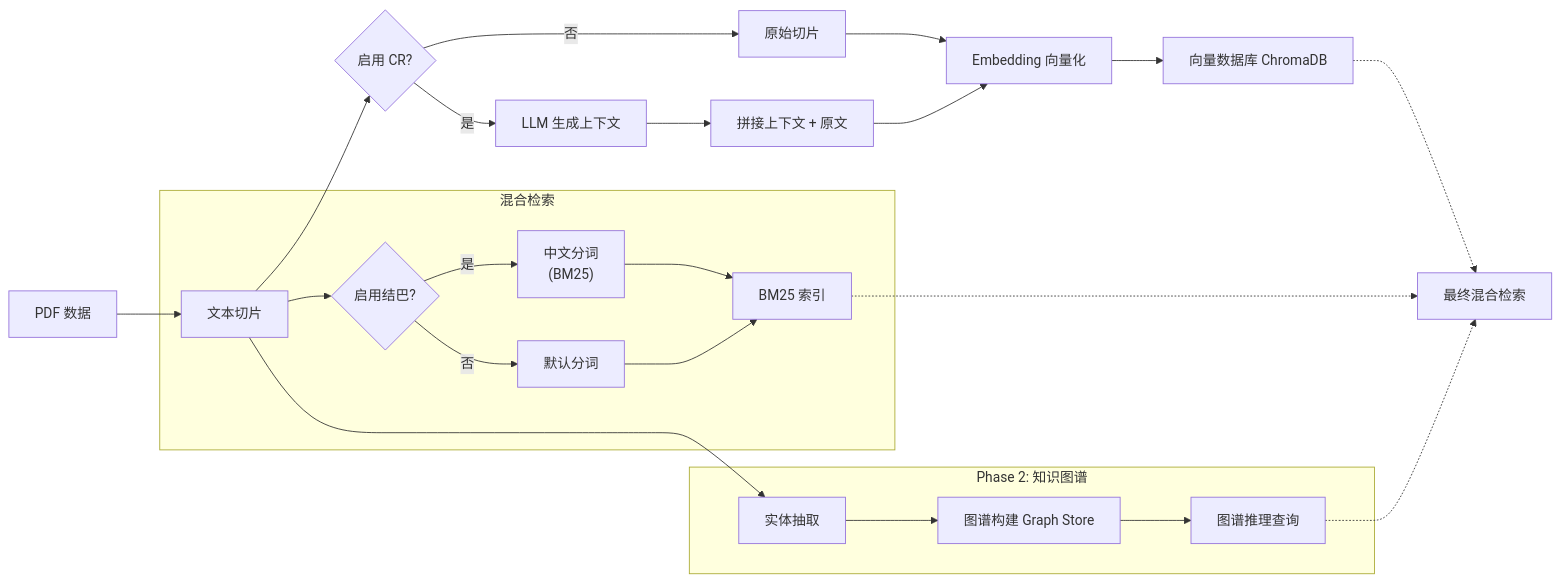
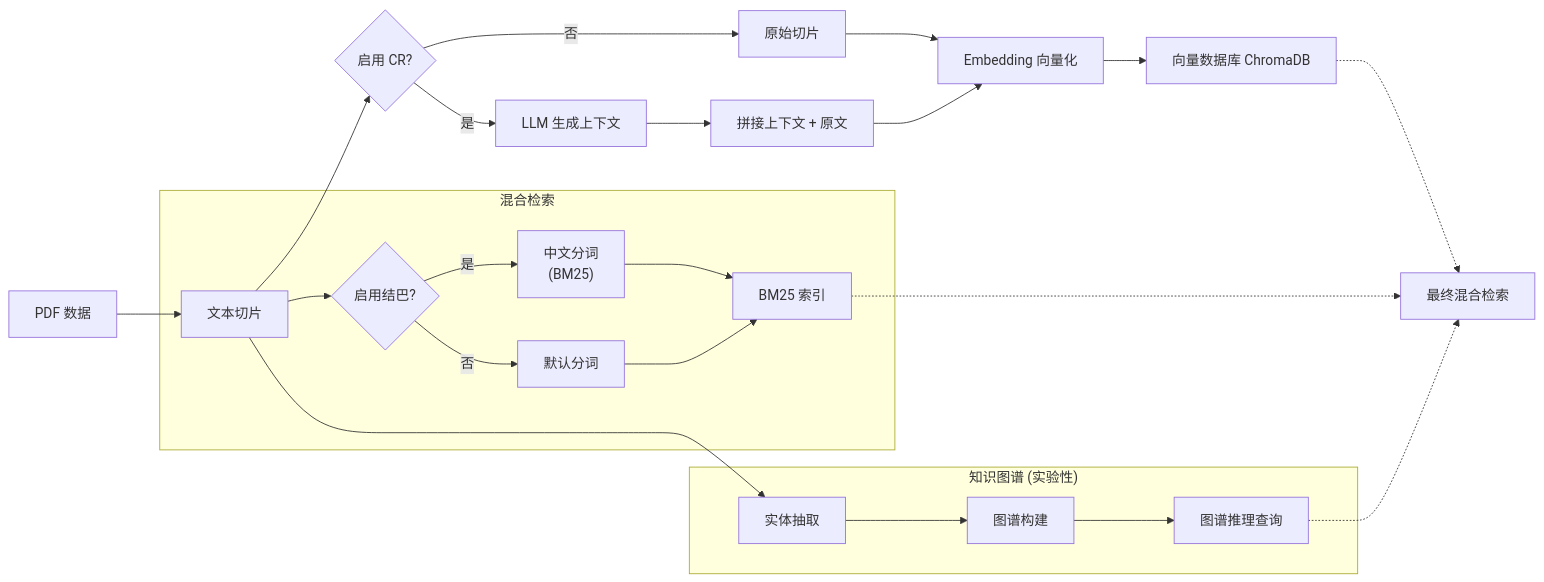
One commit to roclee2692/contextual-retrieval-by-anthropic changed the diagram in README_CN.md. Above: the diagram before and after it, drawn with Mermaid. The commit also changed other lines of this file and 1 other file, not shown here.

First line of the commit message:
docs: Reorganize README with clear phase structure

````diff
--- a/README_CN.md
+++ b/README_CN.md
@@ -405,29 +249,29 @@
 ```mermaid
 graph LR
     A[PDF 数据] --> B[文本切片]
     B --> C{启用 CR?}
     C -->|是| D[LLM 生成上下文]
     C -->|否| E[原始切片]
     D --> F[拼接上下文 + 原文]
     E --> G[Embedding 向量化]
     F --> G
     G --> H[向量数据库 ChromaDB]
     
     subgraph 混合检索
     B --> I{启用结巴?}
     I -->|是| J["中文分词<br/>(BM25)"]
     I -->|否| K[默认分词]
     J --> L[BM25 索引]
     K --> L
     end
 
-    subgraph "Phase 2: 知识图谱"
+    subgraph "知识图谱 (实验性)"
     B --> M[实体抽取]
-    M --> N[图谱构建 Graph Store]
+    M --> N[图谱构建]
     N --> O[图谱推理查询]
     end
     
     H -.-> P[最终混合检索]
     L -.-> P
     O -.-> P
 ```
````
